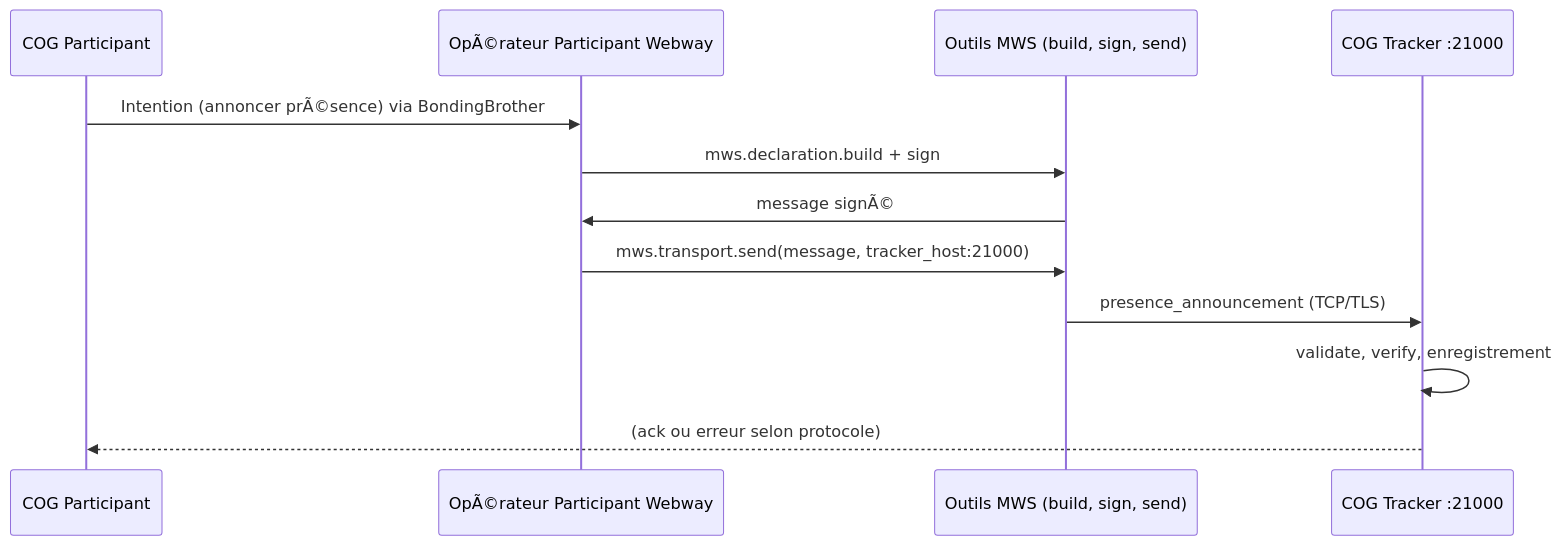
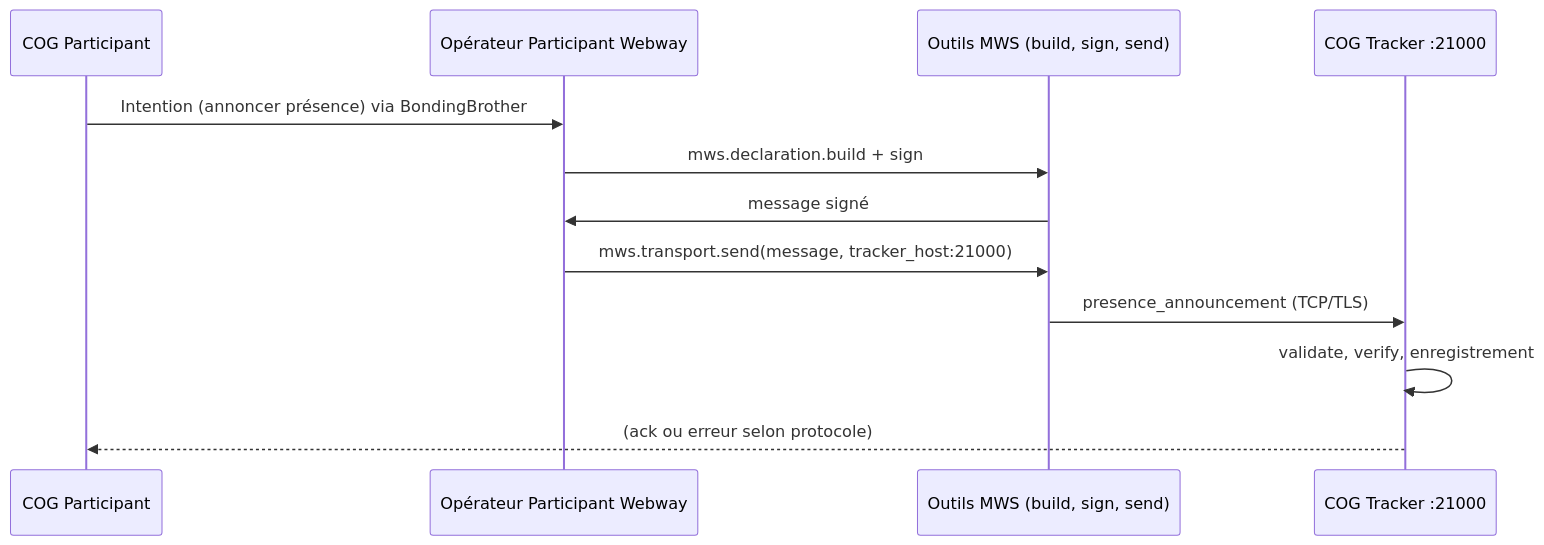
Before and after one commit to StudioMiyukini/miyukini_cog: the third of 3 diagrams in docs/miyukini-webway-system/reference/Miyukini Conceptual References - Miyukini Webway System Complet.md, drawn with Mermaid. The commit also changed other lines of this file and 564 other files, not shown here.

````diff
--- a/docs/miyukini-webway-system/reference/Miyukini Conceptual References - Miyukini Webway System Complet.md
+++ b/docs/miyukini-webway-system/reference/Miyukini Conceptual References - Miyukini Webway System Complet.md
@@ -213,15 +213,15 @@
 ```mermaid
 sequenceDiagram
     participant COG as COG Participant
-    participant Op as OpÃ©rateur Participant Webway
+    participant Op as Opérateur Participant Webway
     participant Tools as Outils MWS (build, sign, send)
     participant Tracker as COG Tracker :21000
 
-    COG->>Op: Intention (annoncer prÃ©sence) via BondingBrother
+    COG->>Op: Intention (annoncer présence) via BondingBrother
     Op->>Tools: mws.declaration.build + sign
-    Tools->>Op: message signÃ©
+    Tools->>Op: message signé
     Op->>Tools: mws.transport.send(message, tracker_host:21000)
     Tools->>Tracker: presence_announcement (TCP/TLS)
     Tracker->>Tracker: validate, verify, enregistrement
     Tracker-->>COG: (ack ou erreur selon protocole)
 ```
````
